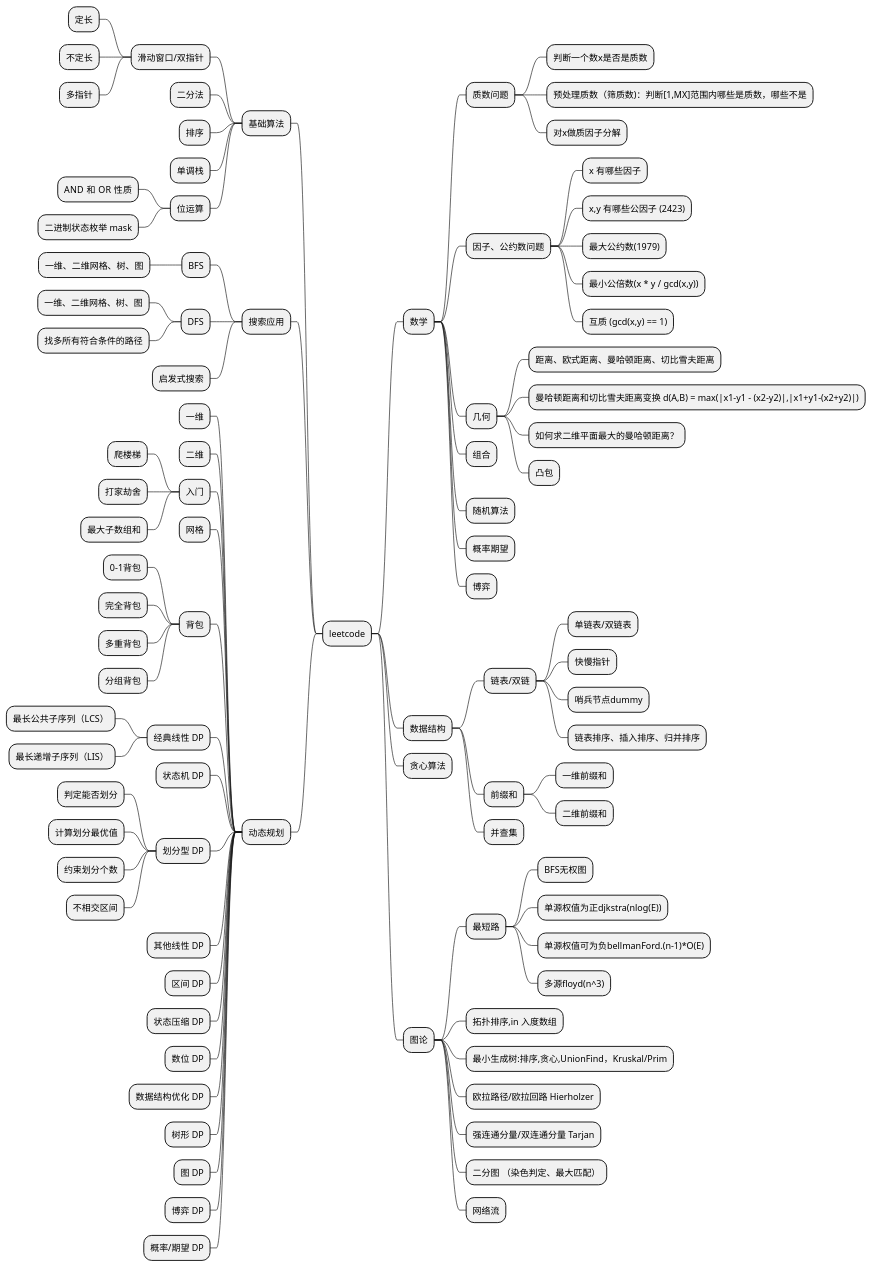
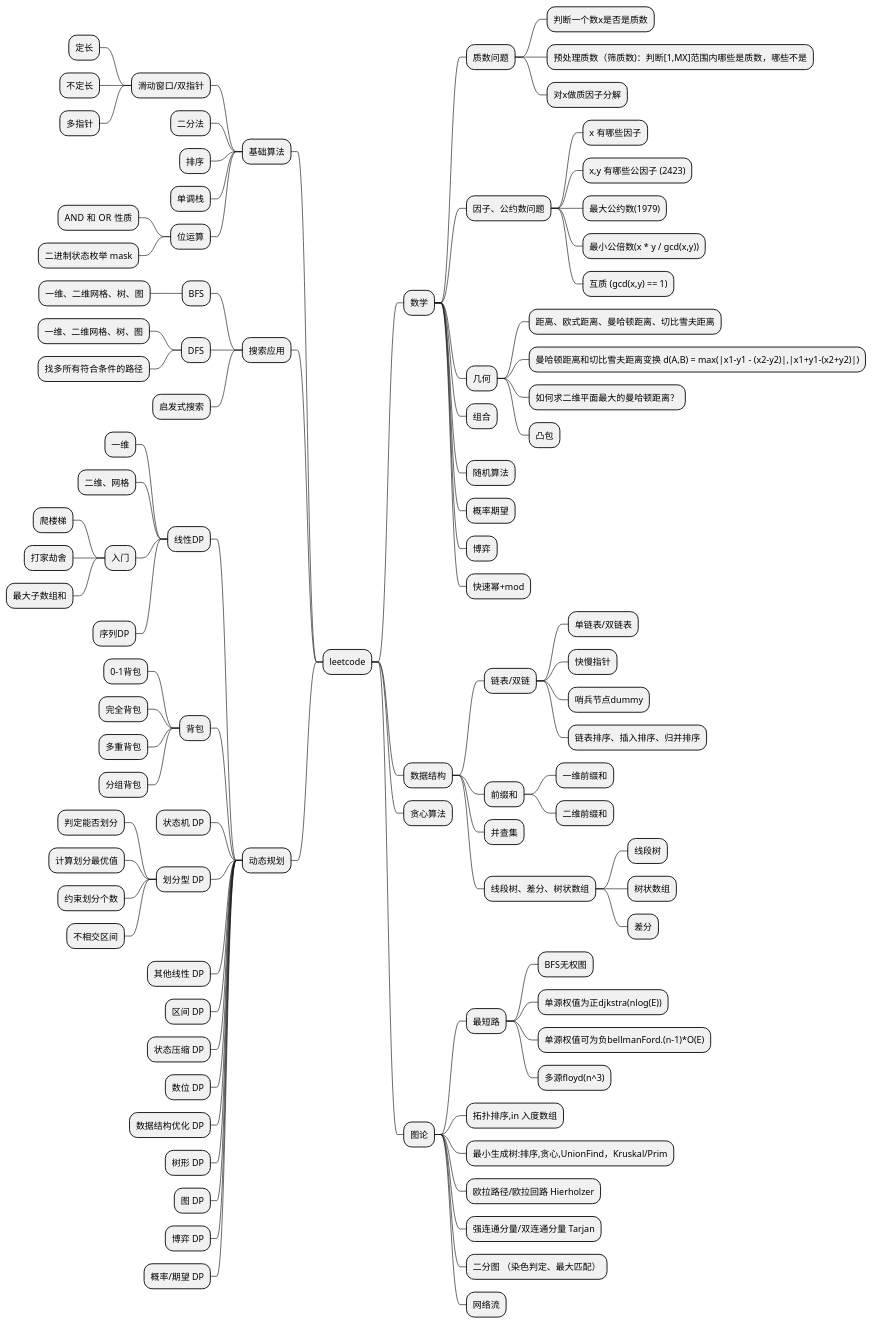
The diagram in mind.puml (wxquare/leetcode-primer), drawn with PlantUML before and after one commit. The commit also changed 1 other file, not shown here.

```diff
--- a/mind.puml
+++ b/mind.puml
@@ -1,121 +1,123 @@
 @startmindmap
 * leetcode
 ** 数学
 *** 质数问题
 **** 判断一个数x是否是质数
 **** 预处理质数（筛质数)：判断[1,MX]范围内哪些是质数，哪些不是
 **** 对x做质因子分解
 *** 因子、公约数问题
 **** x 有哪些因子
 **** x,y 有哪些公因子 (2423)
 **** 最大公约数(1979)
 **** 最小公倍数(x * y / gcd(x,y))
 **** 互质 (gcd(x,y) == 1)
 *** 几何
 **** 距离、欧式距离、曼哈顿距离、切比雪夫距离
 **** 曼哈顿距离和切比雪夫距离变换 d(A,B) = max(|x1-y1 - (x2-y2)|,|x1+y1-(x2+y2)|)
 **** 如何求二维平面最大的曼哈顿距离？
 **** 凸包
 *** 组合
 *** 随机算法
 *** 概率期望
 *** 博弈
+*** 快速幂+mod
 
 
 ** 数据结构
 *** 链表/双链
 **** 单链表/双链表
 **** 快慢指针
 **** 哨兵节点dummy
 **** 链表排序、插入排序、归并排序
 
 *** 前缀和
 **** 一维前缀和
 **** 二维前缀和
 
 *** 并查集
+
+*** 线段树、差分、树状数组
+**** 线段树
+**** 树状数组
+**** 差分
+
 
 
 ** 贪心算法
 
 ** 图论
 *** 最短路
 **** BFS无权图
 **** 单源权值为正djkstra(nlog(E))
 **** 单源权值可为负bellmanFord.(n-1)*O(E)
 **** 多源floyd(n^3)
 
 *** 拓扑排序,in 入度数组
 
 *** 最小生成树:排序,贪心,UnionFind，Kruskal/Prim
 
 *** 欧拉路径/欧拉回路 Hierholzer
 
 *** 强连通分量/双连通分量 Tarjan
 
 *** 二分图 （染色判定、最大匹配）
 
 *** 网络流
 
 
 left side
 
 ** 基础算法
 
 *** 滑动窗口/双指针
 **** 定长
 **** 不定长
 **** 多指针
 *** 二分法
 *** 排序
 *** 单调栈
 *** 位运算
 **** AND 和 OR  性质
 **** 二进制状态枚举 mask
 
 ** 搜索应用
 *** BFS
 **** 一维、二维网格、树、图
 *** DFS
 **** 一维、二维网格、树、图
 **** 找多所有符合条件的路径
 *** 启发式搜索
 
 ** 动态规划
-*** 一维
-*** 二维
-
-*** 入门
-**** 爬楼梯
-**** 打家劫舍
-**** 最大子数组和
-
-*** 网格
+*** 线性DP
+**** 一维
+**** 二维、网格
+**** 入门
+***** 爬楼梯
+***** 打家劫舍
+***** 最大子数组和
+**** 序列DP
 
 *** 背包
 **** 0-1背包
 **** 完全背包
 **** 多重背包
 **** 分组背包
-
-*** 经典线性 DP
-**** 最长公共子序列（LCS）
-**** 最长递增子序列（LIS）
 
 *** 状态机 DP
 *** 划分型 DP
 **** 判定能否划分
 **** 计算划分最优值
 **** 约束划分个数
 **** 不相交区间
 *** 其他线性 DP
 *** 区间 DP
 *** 状态压缩 DP
 *** 数位 DP
 *** 数据结构优化 DP
 *** 树形 DP
 *** 图 DP
 *** 博弈 DP
 *** 概率/期望 DP
 
 @endmindmap
```
